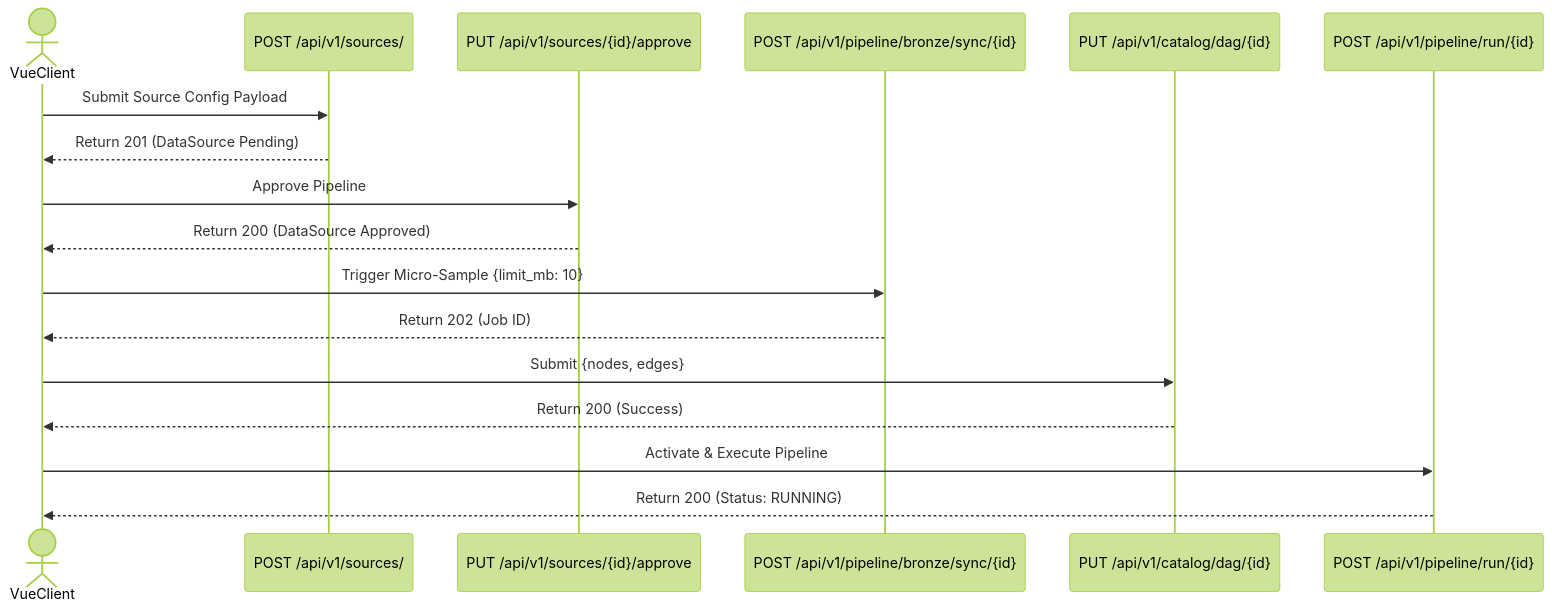
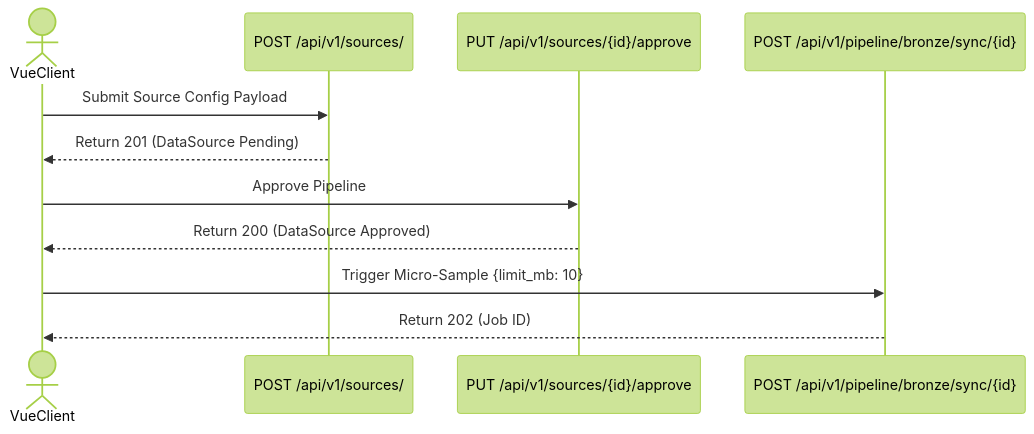
One commit to mnaatjes/elite-etl changed the first of 2 diagrams in docs/explanation/user-flows/register-source.md. Above: the diagram before and after it, drawn with Mermaid (forest theme). The commit also changed other lines of this file and 1 other file, not shown here.

````diff
--- a/docs/explanation/user-flows/register-source.md
+++ b/docs/explanation/user-flows/register-source.md
@@ -18,24 +18,16 @@
 ```mermaid
 sequenceDiagram
     actor VueClient
     participant Source as POST /api/v1/sources/
     participant Approve as PUT /api/v1/sources/{id}/approve
     participant Sync as POST /api/v1/pipeline/bronze/sync/{id}
-    participant DAG as PUT /api/v1/catalog/dag/{id}
-    participant Run as POST /api/v1/pipeline/run/{id}
     
     VueClient->>Source: Submit Source Config Payload
     Source-->>VueClient: Return 201 (DataSource Pending)
     
     VueClient->>Approve: Approve Pipeline
     Approve-->>VueClient: Return 200 (DataSource Approved)
     
     VueClient->>Sync: Trigger Micro-Sample {limit_mb: 10}
     Sync-->>VueClient: Return 202 (Job ID)
-    
-    VueClient->>DAG: Submit {nodes, edges}
-    DAG-->>VueClient: Return 200 (Success)
-    
-    VueClient->>Run: Activate & Execute Pipeline
-    Run-->>VueClient: Return 200 (Status: RUNNING)
 ```
````
